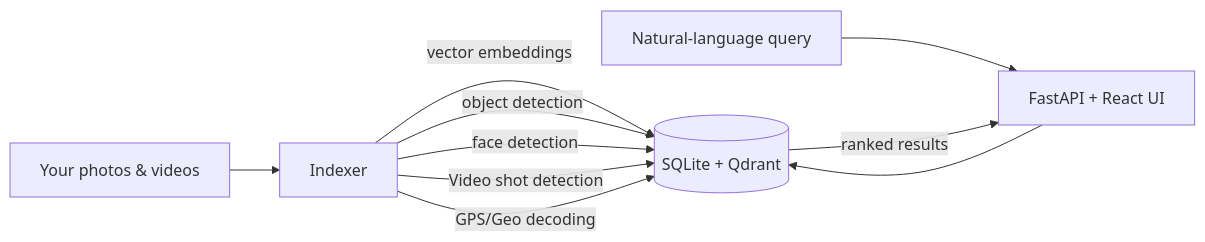
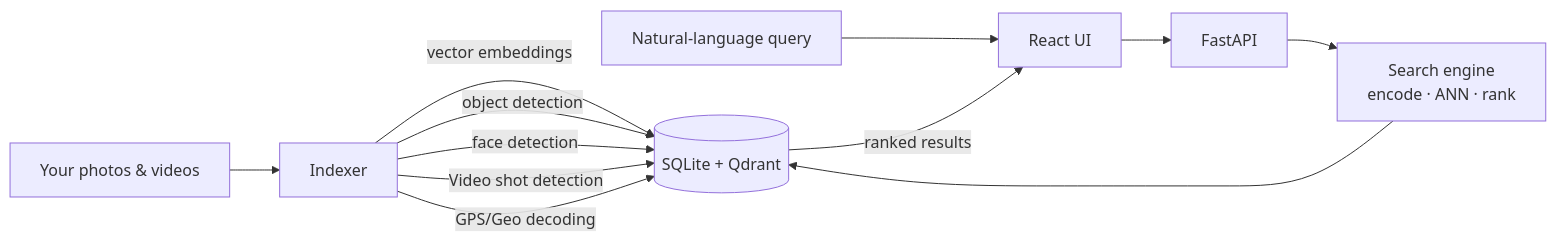
Before and after one commit to openara-ai/media-search-agent: the diagram in README.md, drawn with Mermaid. The commit also changed other lines of this file and 27 other files, not shown here.

````diff
--- a/README.md
+++ b/README.md
@@ -56,12 +61,14 @@
 ```mermaid
 graph LR
     M[Your photos & videos] --> I[Indexer]
     I -->|vector embeddings| S[(SQLite + Qdrant)]
     I -->|object detection| S
     I -->|face detection| S
     I -->|Video shot detection| S
     I -->|GPS/Geo decoding| S
-    Q[Natural-language query] --> A[FastAPI + React UI]
-    A --> S
-    S -->|ranked results| A
+    Q[Natural-language query] --> U[React UI]
+    U --> A[FastAPI]
+    A --> SE[Search engine<br/>encode · ANN · rank]
+    SE --> S
+    S -->|ranked results| U
 ```
````
